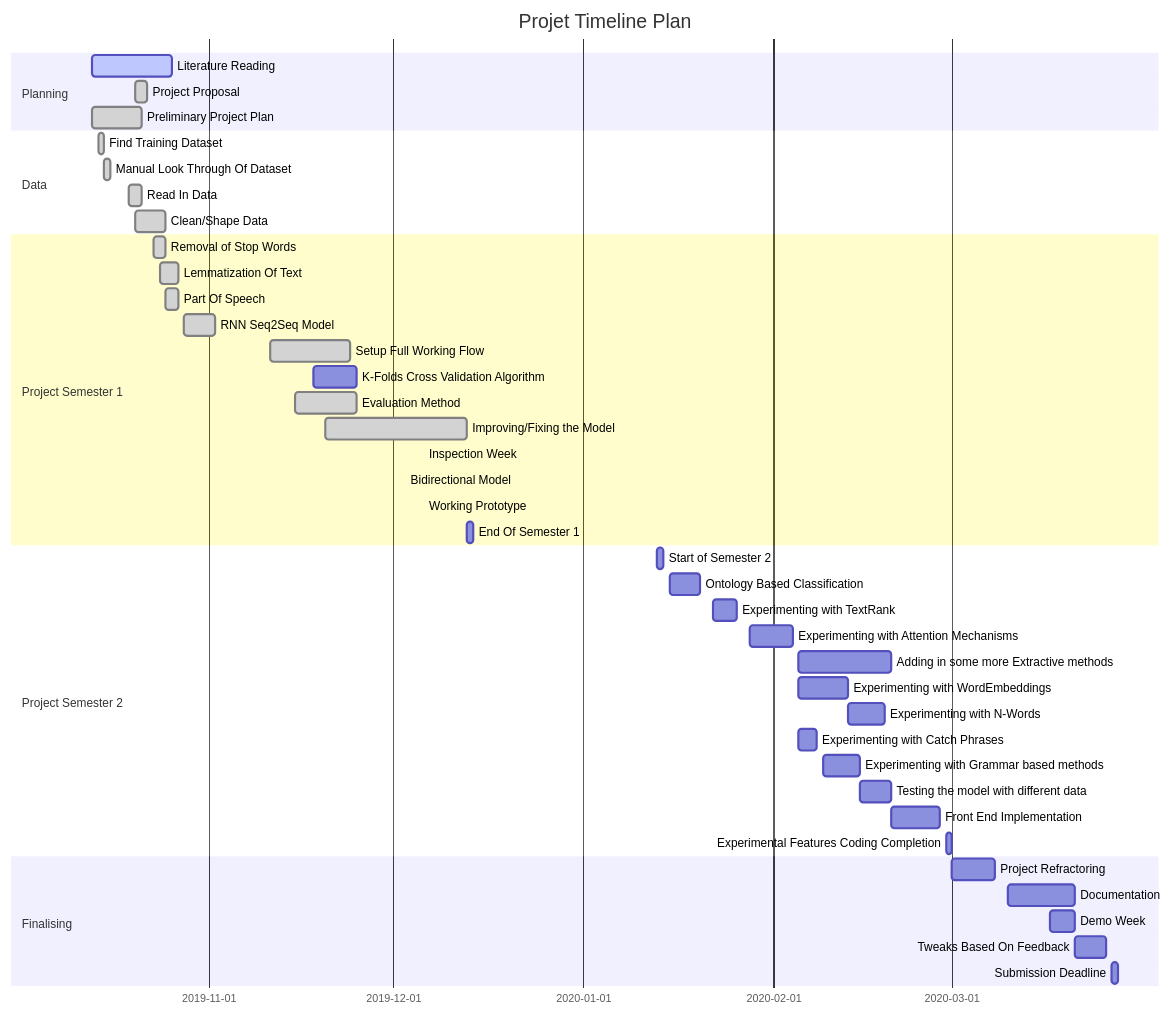
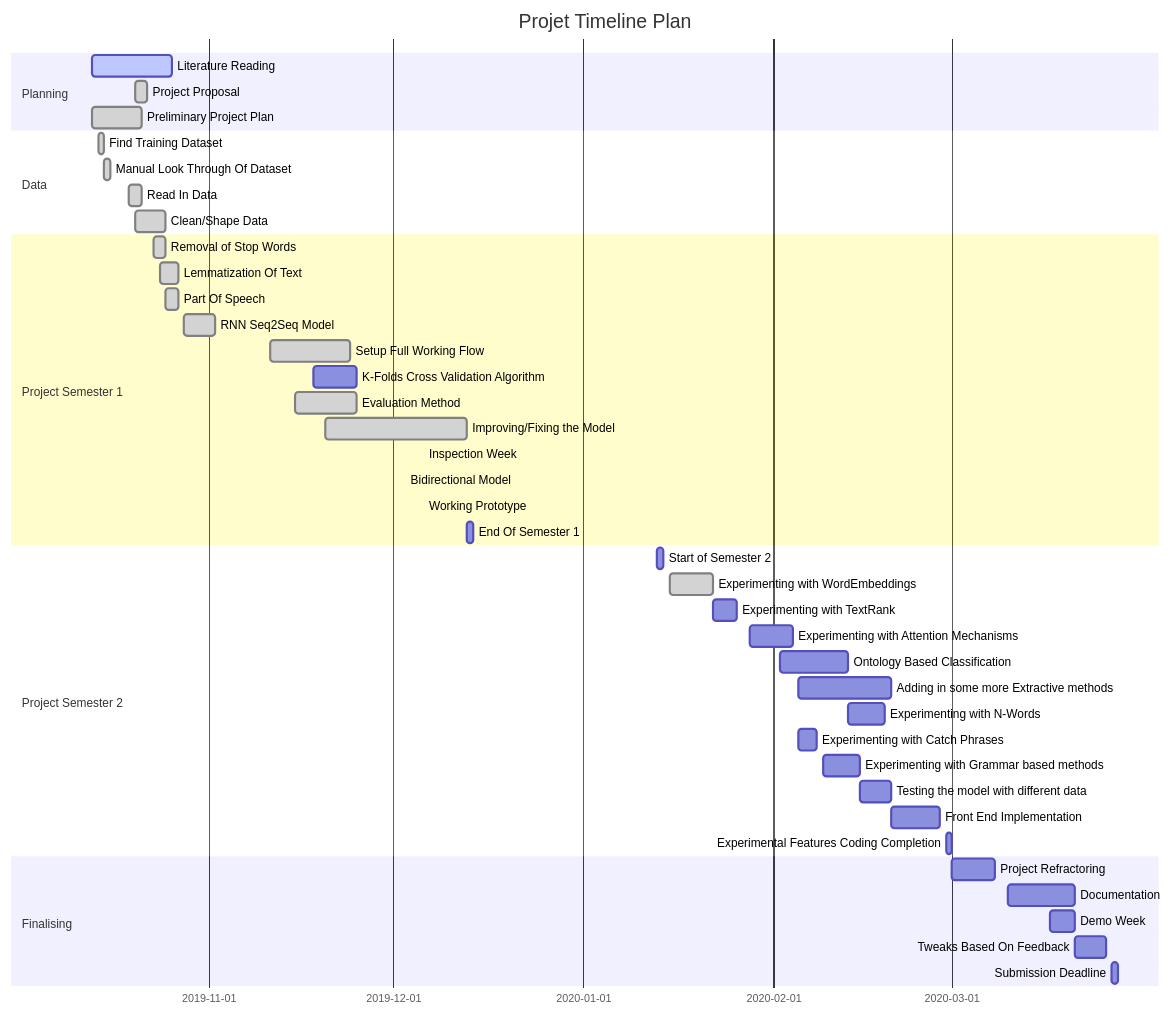
The first of 2 diagrams in README.md (bmistry12/text-summarisation), drawn with Mermaid before and after one commit. The commit also changed other lines of this file, not shown here.

````diff
--- a/README.md
+++ b/README.md
@@ -34,52 +34,52 @@
 ```mermaid
 gantt
 dateFormat  YYYY-MM-DD
 title Projet Timeline Plan
 
 
 section Planning
 Literature Reading                      :active,  des1, 2019-10-13, 2019-10-26
 Project Proposal                        :done,    des1, 2019-10-20, 2019-10-22
 Preliminary Project Plan                :done,    des1, 2019-10-13, 2019-10-21
 
 section Data                  
 Find Training Dataset                   :done,    des1, 2019-10-14, 2019-10-15
 Manual Look Through Of Dataset          :done,    des1, 2019-10-15, 2019-10-16
 Read In Data                            :done,    des1, 2019-10-19, 2019-10-21
 Clean/Shape Data                        :done,   des1, 2019-10-20, 2019-10-25
 
 section Project Semester 1
 Removal of Stop Words                   :done,    des1, 2019-10-23, 2019-10-25
 Lemmatization Of Text                   :done,    des1, 2019-10-24, 2019-10-27
 Part Of Speech                          :done,    des1, 2019-10-25, 2019-10-27
 RNN Seq2Seq Model                       :done,    des1, 2019-10-28, 2019-11-02
 Setup Full Working Flow                 :done,    des1, 2019-11-11, 2019-11-24
 K-Folds Cross Validation Algorithm      :         des1, 2019-11-18, 2019-11-25
 Evaluation Method                       :done,    des1, 2019-11-15, 2019-11-25
 Improving/Fixing the Model              :done,    des1, 2019-11-20, 2019-12-13
 Inspection Week                         :done,    des1, 2019-12-13, 2019-12-06
 Bidirectional Model                     :done,    des1, 2019-12-08, 2019-12-03
 Working Prototype                       :done,    des1, 2019-12-13, 2019-12-06
 End Of Semester 1                       :         des1, 2019-12-13, 1d
 
 section Project Semester 2
 Start of Semester 2                     :         des1, 2020-01-13, 1d
-Ontology Based Classification           :         des1, 2020-01-15, 2020-01-20
+Experimenting with WordEmbeddings       :done,    des1, 2020-01-15, 2020-01-22
 Experimenting with TextRank             :         des1, 2020-01-22, 2020-01-26
 Experimenting with Attention Mechanisms :         des1, 2020-01-28, 2020-02-04
+Ontology Based Classification           :         des1, 2020-02-02, 2020-02-13
 Adding in some more Extractive methods  :         des1, 2020-02-05, 2020-02-20
-Experimenting with WordEmbeddings       :         des1, 2020-02-05, 2020-02-13
 Experimenting with N-Words              :         des1, 2020-02-13, 2020-02-19
 Experimenting with Catch Phrases        :         des1, 2020-02-05, 2020-02-08
 Experimenting with Grammar based methods:         des1, 2020-02-09, 2020-02-15
 Testing the model with different data   :         des1, 2020-02-15, 2020-02-20 
 Front End Implementation                :         des1, 2020-02-20, 2020-02-28
 Experimental Features Coding Completion :         des1, 2020-02-29, 1d
 
 Section Finalising
 Project Refractoring                    :         des1, 2020-03-01, 2020-03-08
 Documentation                           :         des1, 2020-03-10, 2020-03-21
 Demo Week                               :         des1, 2020-03-17, 2020-03-21
 Tweaks Based On Feedback                :         des1, 2020-03-21, 2020-03-26
 Submission Deadline                     :         des1, 2020-03-27, 1d
 ```
````
